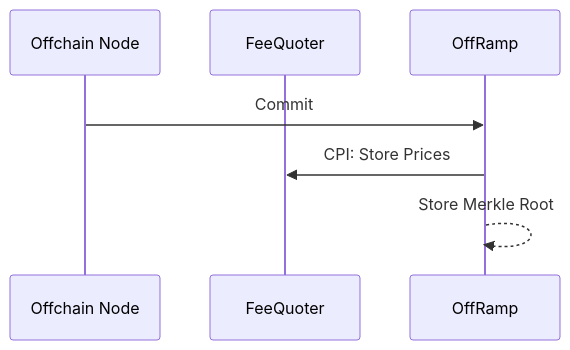
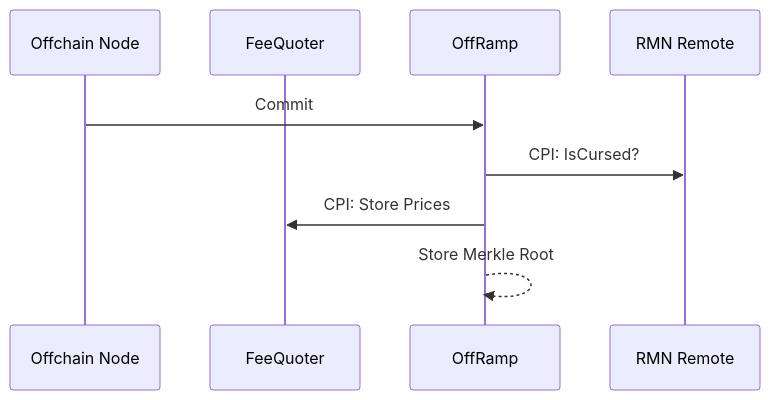
Before and after one commit to smartcontractkit/chainlink-ccip: the second of 3 diagrams in chains/solana/contracts/flows.md, drawn with Mermaid. The commit also changed other lines of this file, not shown here.

Commit message:
Add RMN Remote to flowa

````diff
--- a/chains/solana/contracts/flows.md
+++ b/chains/solana/contracts/flows.md
@@ -19,10 +21,12 @@
 ```mermaid
 sequenceDiagram
     participant N as Offchain Node
     participant F as FeeQuoter
     participant O as OffRamp
+    participant M as RMN Remote
 
     N->>O: Commit
+    O->>M: CPI: IsCursed?
     O->>F: CPI: Store Prices
     O-->>O: Store Merkle Root
 ```
````
